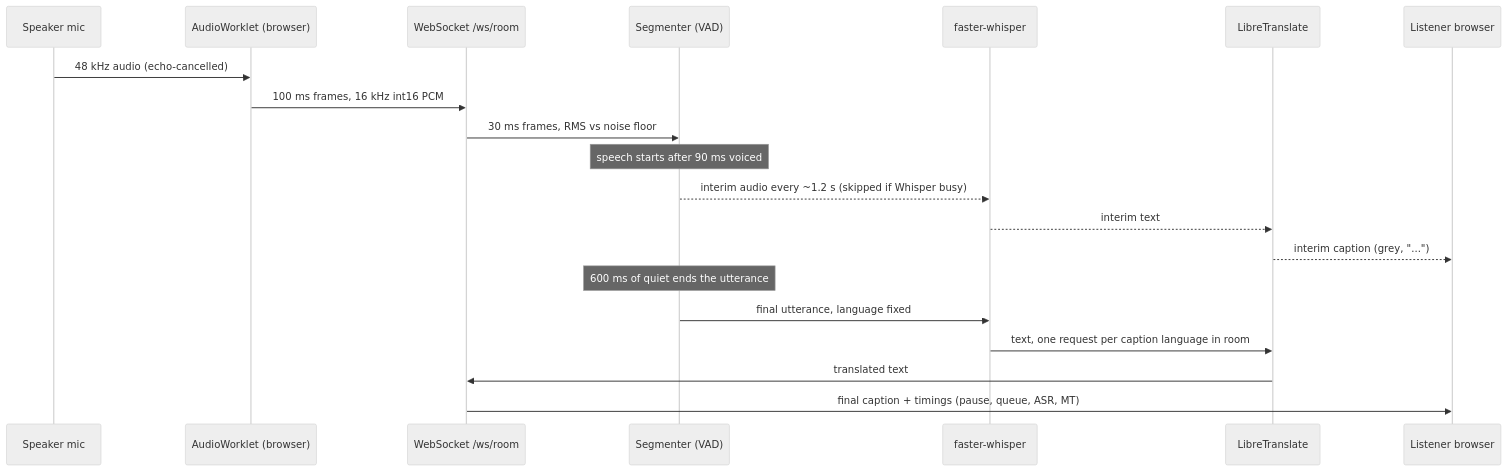
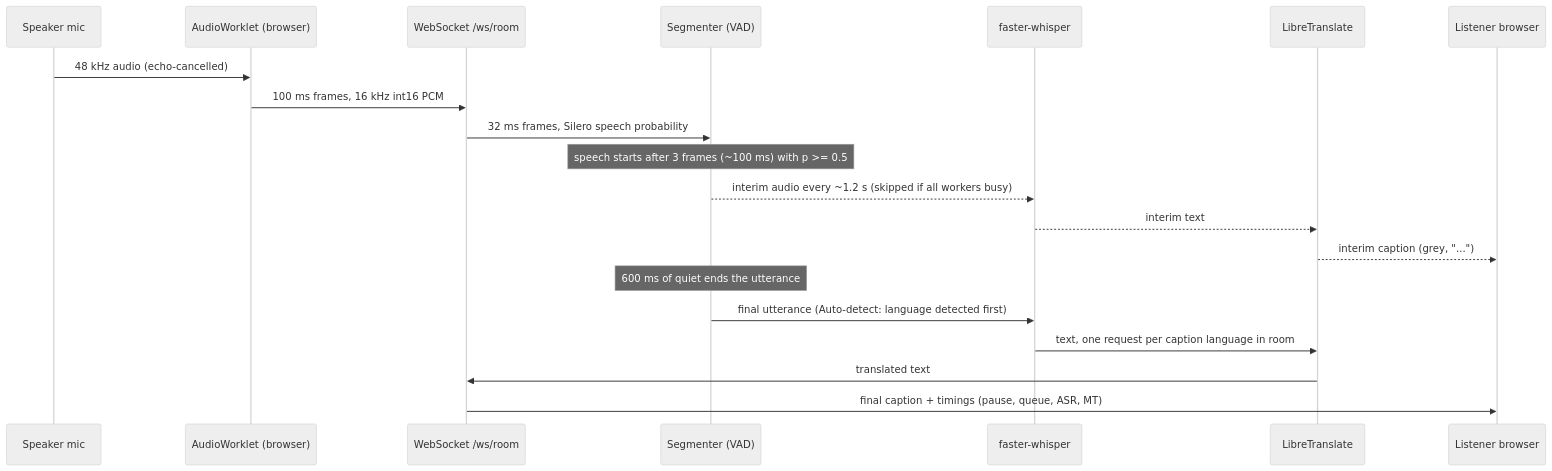
One commit to UdayPS-4o/Transmeet changed the second of 2 diagrams in docs/PRESENTATION.md. Above: the diagram before and after it, drawn with Mermaid (neutral theme). The commit also changed other lines of this file and 4 other files, not shown here.

````diff
--- a/docs/PRESENTATION.md
+++ b/docs/PRESENTATION.md
@@ -76,22 +76,22 @@
 ```mermaid
 sequenceDiagram
   participant Mic as Speaker mic
   participant WK as AudioWorklet (browser)
   participant WS as WebSocket /ws/room
   participant VAD as Segmenter (VAD)
   participant W as faster-whisper
   participant LT as LibreTranslate
   participant L as Listener browser
   Mic->>WK: 48 kHz audio (echo-cancelled)
   WK->>WS: 100 ms frames, 16 kHz int16 PCM
-  WS->>VAD: 30 ms frames, RMS vs noise floor
-  Note over VAD: speech starts after 90 ms voiced
-  VAD-->>W: interim audio every ~1.2 s (skipped if Whisper busy)
+  WS->>VAD: 32 ms frames, Silero speech probability
+  Note over VAD: speech starts after 3 frames (~100 ms) with p >= 0.5
+  VAD-->>W: interim audio every ~1.2 s (skipped if all workers busy)
   W-->>LT: interim text
   LT-->>L: interim caption (grey, "...")
   Note over VAD: 600 ms of quiet ends the utterance
-  VAD->>W: final utterance, language fixed
+  VAD->>W: final utterance (Auto-detect: language detected first)
   W->>LT: text, one request per caption language in room
   LT->>WS: translated text
   WS->>L: final caption + timings (pause, queue, ASR, MT)
 ```
````
